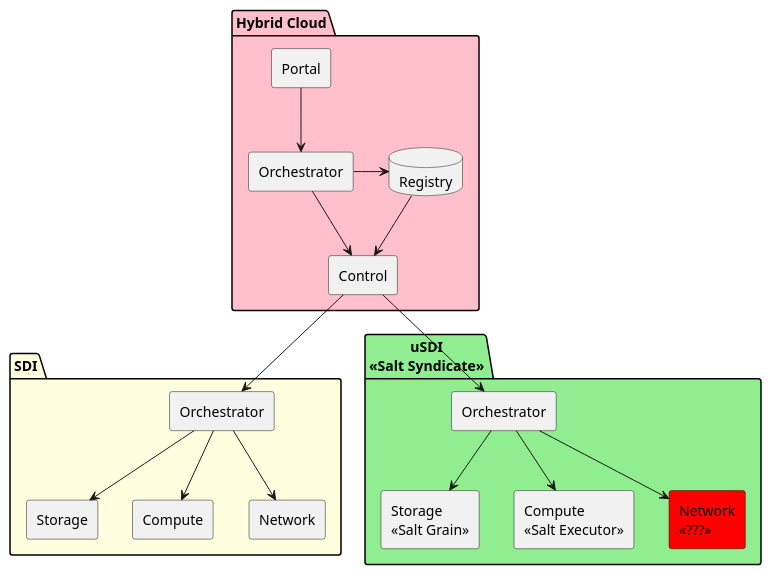
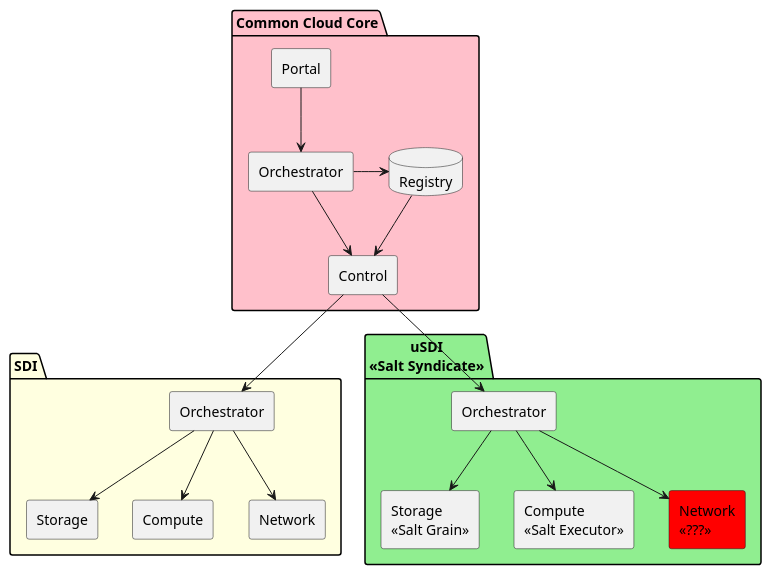
The diagram in docs/Solution/Salt-LogicalCloud.puml (CAADE/edgeville), drawn with PlantUML before and after one commit. The commit also changed 269 other files, not shown here.

```diff
--- a/docs/Solution/Salt-LogicalCloud.puml
+++ b/docs/Solution/Salt-LogicalCloud.puml
@@ -1,45 +1,45 @@
 @startuml
-package "Hybrid Cloud" as HC #pink {
+package "Common Cloud Core" as HC #pink {
   rectangle "Portal" {
   }
   database "Registry" {
   }
   rectangle "Control" {
   }
   rectangle "Orchestrator" {
   }
   Portal --> Orchestrator
   Orchestrator --> Control
   Orchestrator -> Registry
   Registry --> Control
 }
 package "SDI" #lightyellow {
   rectangle "Orchestrator" as OSDI {
   }
   rectangle "Storage" as SSDI {
   }
   rectangle "Compute" as CSDI {
   }
   rectangle "Network" as NSDI {
   }
   OSDI --> SSDI
   OSDI --> CSDI
   OSDI --> NSDI
 }
 package "uSDI\n<<Salt Syndicate>>" #lightgreen {
       rectangle "Orchestrator" as OuSDI  {
       }
       rectangle "Storage\n<<Salt Grain>>" as SuSDI {
       }
       rectangle "Compute\n<<Salt Executor>>" as CuSDI {
       }
       rectangle "Network\n<<???>>" as NuSDI #red {
       }
       OuSDI --> SuSDI
       OuSDI --> CuSDI
       OuSDI --> NuSDI
 }
 
 Control --> OuSDI
 Control --> OSDI
 @enduml
```
